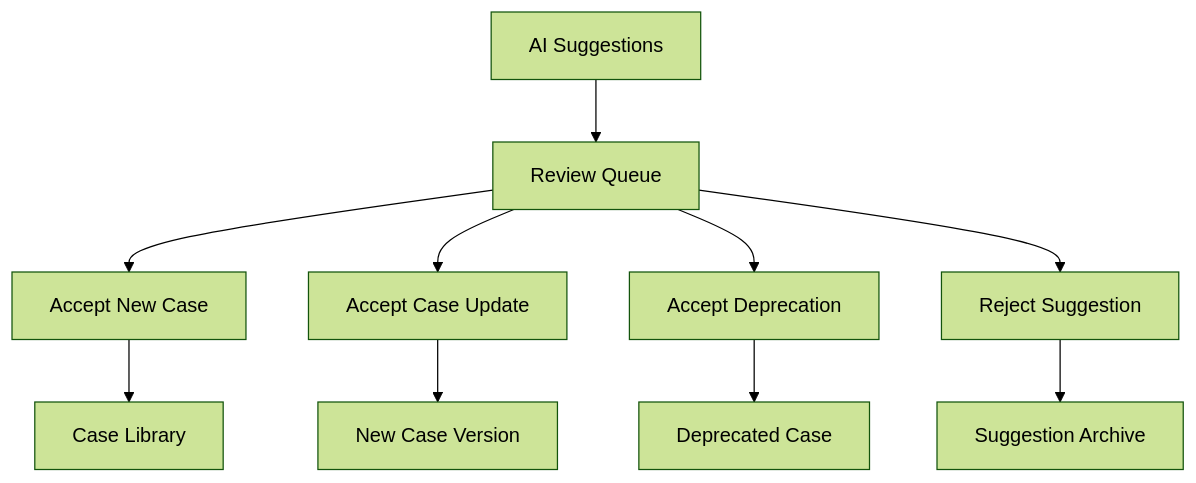
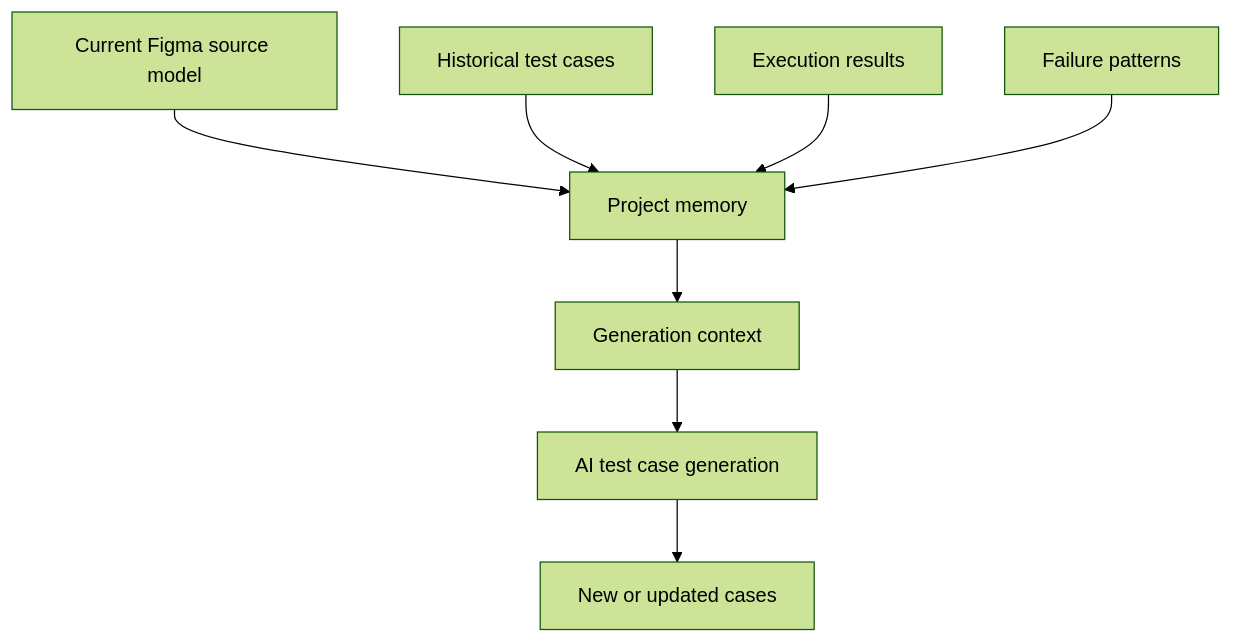
The third of 5 diagrams in DESIGN.md (Campaignhatsecretin185/ai-design2test), drawn with Mermaid (forest theme) before and after one commit. The commit also changed other lines of this file and 1 other file, not shown here.

````diff
--- a/DESIGN.md
+++ b/DESIGN.md
@@ -979,12 +283,10 @@
 ```mermaid
 flowchart TD
-  A["AI Suggestions"] --> B["Review Queue"]
-  B --> C["Accept New Case"]
-  B --> D["Accept Case Update"]
-  B --> E["Accept Deprecation"]
-  B --> F["Reject Suggestion"]
-  C --> G["Case Library"]
-  D --> H["New Case Version"]
-  E --> I["Deprecated Case"]
-  F --> J["Suggestion Archive"]
+  A["Current Figma source model"] --> B["Project memory"]
+  C["Historical test cases"] --> B
+  D["Execution results"] --> B
+  E["Failure patterns"] --> B
+  B --> F["Generation context"]
+  F --> G["AI test case generation"]
+  G --> H["New or updated cases"]
 ```
````
